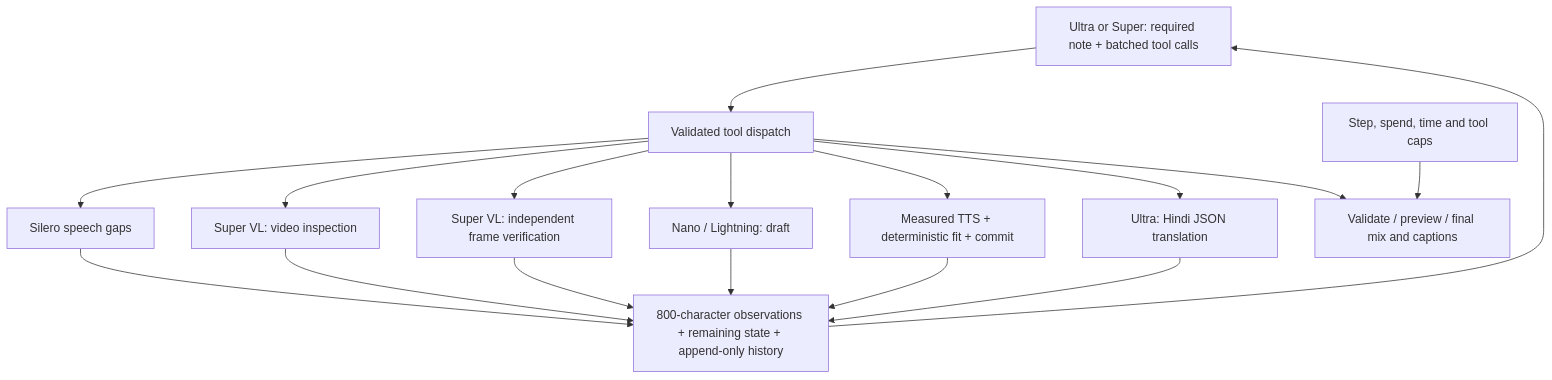
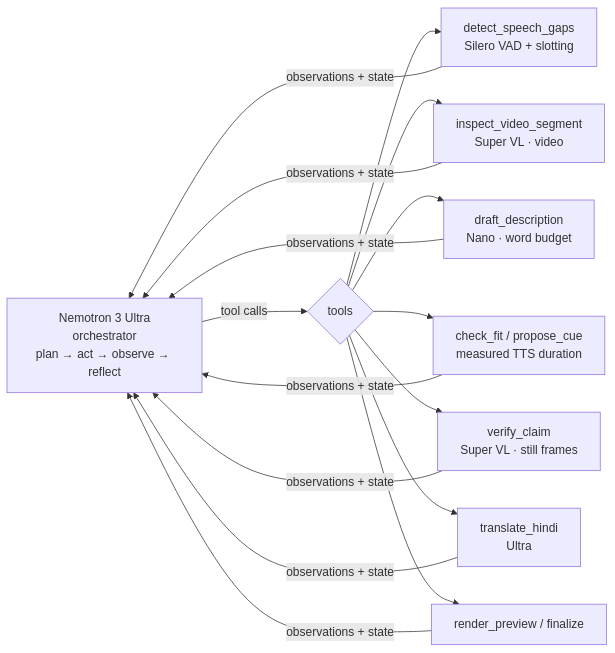
One commit to nankris/narrate changed the diagram in README.md. Above: the diagram before and after it, drawn with Mermaid. The commit also changed other lines of this file, not shown here.

Commit message:
README: final rewrite with real results card, per-model usage, Token Factory notes, smoke test, limits

````diff
--- a/README.md
+++ b/README.md
@@ -155,19 +69,12 @@
 ```mermaid
-flowchart TD
-    U[Ultra or Super: required note + batched tool calls] --> T[Validated tool dispatch]
-    T --> V[Silero speech gaps]
-    T --> P[Super VL: video inspection]
-    T --> F[Super VL: independent frame verification]
-    T --> N[Nano / Lightning: draft]
-    T --> C[Measured TTS + deterministic fit + commit]
-    T --> H[Ultra: Hindi JSON translation]
-    V --> O[800-character observations + remaining state + append-only history]
-    P --> O
-    F --> O
-    N --> O
-    C --> O
-    H --> O
-    O --> U
-    T --> R[Validate / preview / final mix and captions]
-    B[Step, spend, time and tool caps] --> R
+flowchart LR
+    U["Nemotron 3 Ultra<br/>orchestrator<br/>plan → act → observe → reflect"] -->|tool calls| T{tools}
+    T --> G["detect_speech_gaps<br/>Silero VAD + slotting"]
+    T --> I["inspect_video_segment<br/>Super VL · video"]
+    T --> D["draft_description<br/>Nano · word budget"]
+    T --> F["check_fit / propose_cue<br/>measured TTS duration"]
+    T --> V["verify_claim<br/>Super VL · still frames"]
+    T --> H["translate_hindi<br/>Ultra"]
+    T --> R["render_preview / finalize"]
+    G & I & D & F & V & H & R -->|observations + state| U
 ```
````
